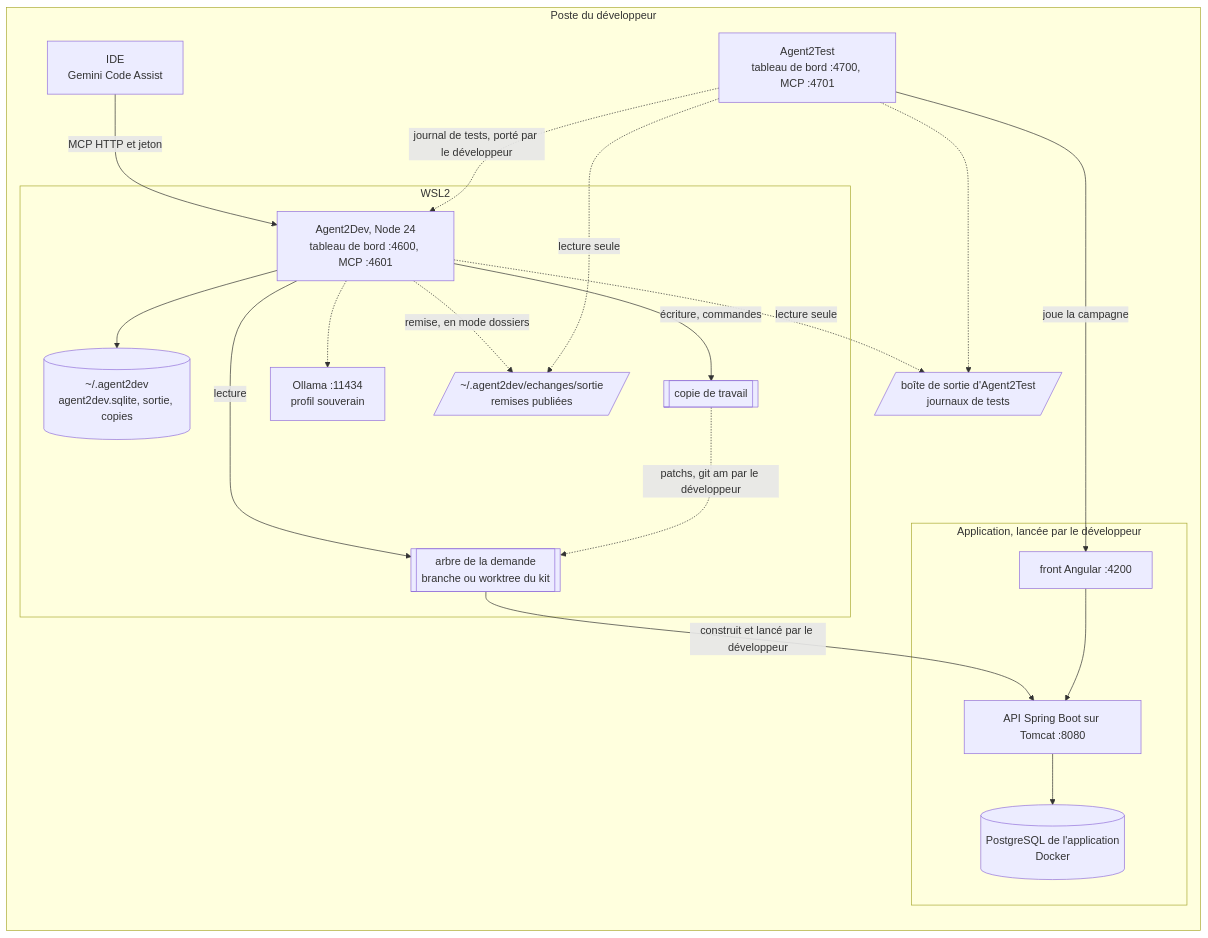
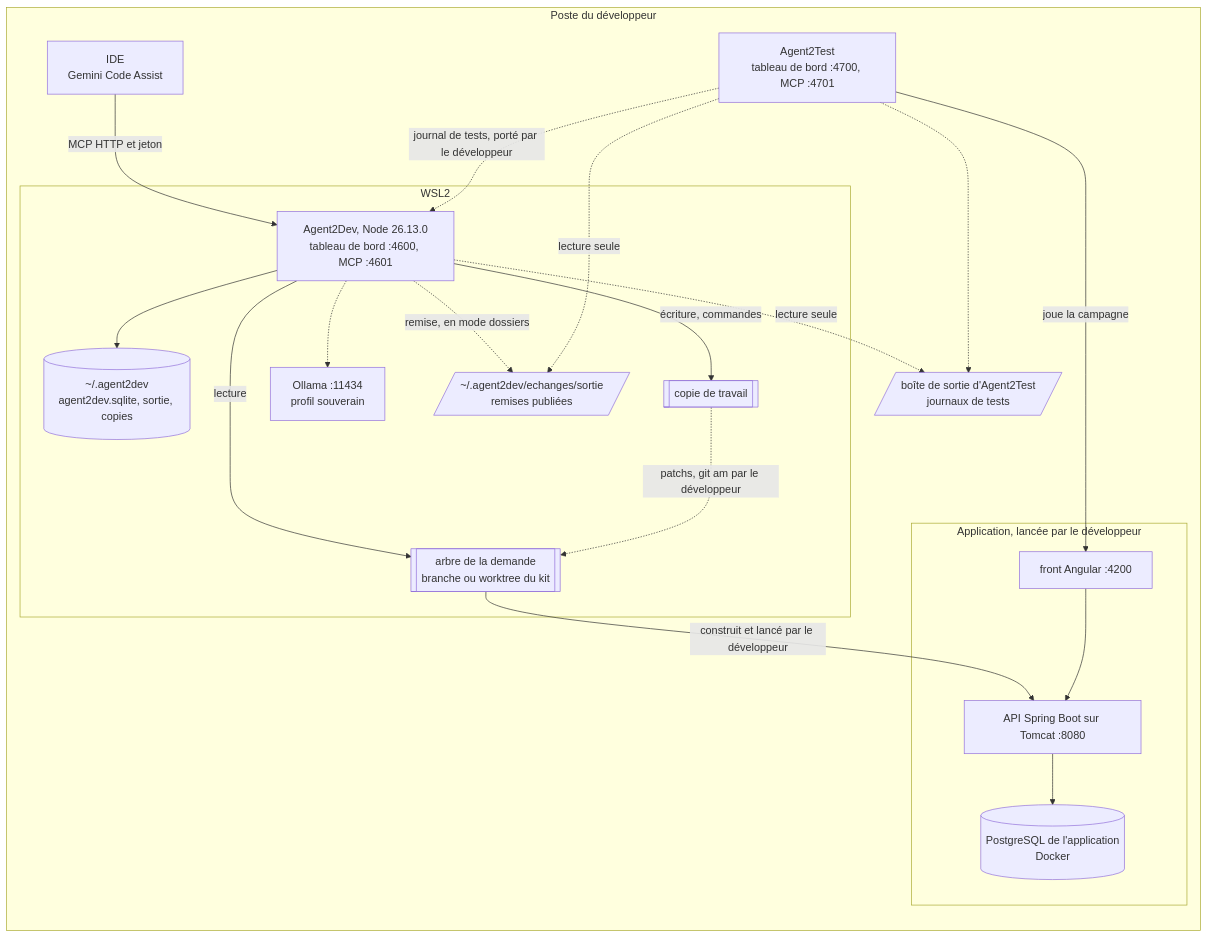
The diagram in specs/agent2dev/modules/exploitation/SKILL.md (FredGarcia/Agent2Prompt), drawn with Mermaid before and after one commit. The commit also changed other lines of this file and 39 other files, not shown here.

First line of the commit message:
spec(agent2test, agent2dev, agent-tdd-jira, orchestrateur-c7e): versions 1.3.1, 1.1.3, 1.3.4 et 3.5.3, Node 26.13.0 recommandé

````diff
--- a/specs/agent2dev/modules/exploitation/SKILL.md
+++ b/specs/agent2dev/modules/exploitation/SKILL.md
@@ -14,35 +14,35 @@
 ```mermaid
 flowchart LR
   subgraph POSTE["Poste du développeur"]
     VSC["IDE<br/>Gemini Code Assist"]
     subgraph WSL["WSL2"]
-      NODE["Agent2Dev, Node 24<br/>tableau de bord :4600, MCP :4601"]
+      NODE["Agent2Dev, Node 26.13.0<br/>tableau de bord :4600, MCP :4601"]
       DATA[("~/.agent2dev<br/>agent2dev.sqlite, sortie, copies")]
       ECH[/"~/.agent2dev/echanges/sortie<br/>remises publiées"/]
       ARBRE[["arbre de la demande<br/>branche ou worktree du kit"]]
       COPIE[["copie de travail"]]
       OLL["Ollama :11434<br/>profil souverain"]
     end
     subgraph APPLI["Application, lancée par le développeur"]
       API["API Spring Boot sur Tomcat :8080"]
       NG["front Angular :4200"]
       PGA[("PostgreSQL de l'application<br/>Docker")]
     end
     A2T["Agent2Test<br/>tableau de bord :4700, MCP :4701"]
     ECT[/"boîte de sortie d'Agent2Test<br/>journaux de tests"/]
   end
   VSC -->|"MCP HTTP et jeton"| NODE
   NODE --> DATA
   NODE -->|"lecture"| ARBRE
   NODE -->|"écriture, commandes"| COPIE
   COPIE -.->|"patchs, git am par le développeur"| ARBRE
   NODE -.-> OLL
   ARBRE -->|"construit et lancé par le développeur"| API
   NG --> API --> PGA
   A2T -->|"joue la campagne"| NG
   A2T -.->|"journal de tests, porté par le développeur"| NODE
   NODE -.->|"remise, en mode dossiers"| ECH
   A2T -.->|"lecture seule"| ECH
   A2T -.-> ECT
   NODE -.->|"lecture seule"| ECT
 ```
````
